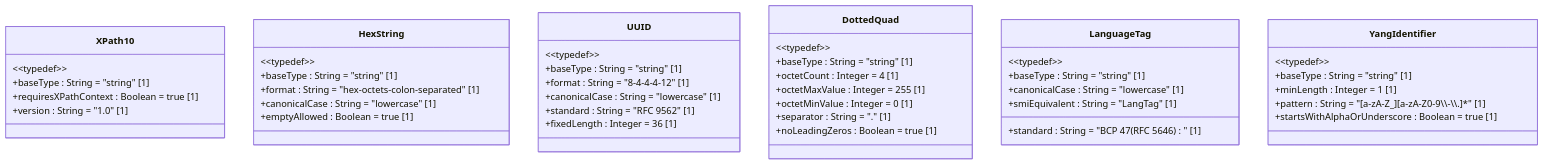
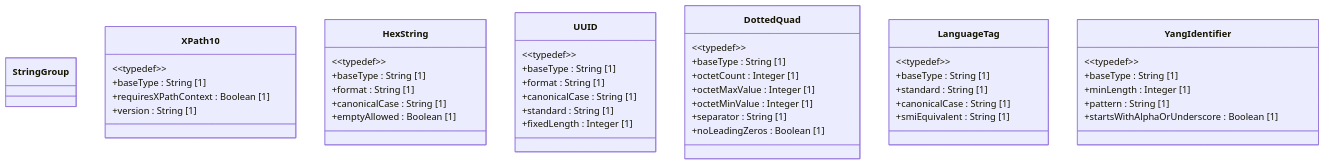
The diagram in docs/features/feat-23-string-types.md (gintatkinson/dep-tst40), drawn with Mermaid before and after one commit. The commit also changed other lines of this file and 16 other files, not shown here.

First line of the commit message:
docs: fix UML compliance — strip default values, stereotypes, placeholders, YANG types

````diff
--- a/docs/features/feat-23-string-types.md
+++ b/docs/features/feat-23-string-types.md
@@ -19,47 +19,48 @@
 ```mermaid
 classDiagram
+    class StringGroup { }
     class XPath10 {
         &lt;&lt;typedef&gt;&gt;
-        +baseType : String = "string" [1]
-        +requiresXPathContext : Boolean = true [1]
-        +version : String = "1.0" [1]
+        +baseType : String [1]
+        +requiresXPathContext : Boolean [1]
+        +version : String [1]
     }
     class HexString {
         &lt;&lt;typedef&gt;&gt;
-        +baseType : String = "string" [1]
-        +format : String = "hex-octets-colon-separated" [1]
-        +canonicalCase : String = "lowercase" [1]
-        +emptyAllowed : Boolean = true [1]
+        +baseType : String [1]
+        +format : String [1]
+        +canonicalCase : String [1]
+        +emptyAllowed : Boolean [1]
     }
     class UUID {
         &lt;&lt;typedef&gt;&gt;
-        +baseType : String = "string" [1]
-        +format : String = "8-4-4-4-12" [1]
-        +canonicalCase : String = "lowercase" [1]
-        +standard : String = "RFC 9562" [1]
-        +fixedLength : Integer = 36 [1]
+        +baseType : String [1]
+        +format : String [1]
+        +canonicalCase : String [1]
+        +standard : String [1]
+        +fixedLength : Integer [1]
     }
     class DottedQuad {
         &lt;&lt;typedef&gt;&gt;
-        +baseType : String = "string" [1]
-        +octetCount : Integer = 4 [1]
-        +octetMaxValue : Integer = 255 [1]
-        +octetMinValue : Integer = 0 [1]
-        +separator : String = "." [1]
-        +noLeadingZeros : Boolean = true [1]
+        +baseType : String [1]
+        +octetCount : Integer [1]
+        +octetMaxValue : Integer [1]
+        +octetMinValue : Integer [1]
+        +separator : String [1]
+        +noLeadingZeros : Boolean [1]
     }
     class LanguageTag {
         &lt;&lt;typedef&gt;&gt;
-        +baseType : String = "string" [1]
-        +standard : String = "BCP 47 (RFC 5646)" [1]
-        +canonicalCase : String = "lowercase" [1]
-        +smiEquivalent : String = "LangTag" [1]
+        +baseType : String [1]
+        +standard : String [1]
+        +canonicalCase : String [1]
+        +smiEquivalent : String [1]
     }
     class YangIdentifier {
         &lt;&lt;typedef&gt;&gt;
-        +baseType : String = "string" [1]
-        +minLength : Integer = 1 [1]
-        +pattern : String = "[a-zA-Z_][a-zA-Z0-9\\\\-\\\\.]*" [1]
-        +startsWithAlphaOrUnderscore : Boolean = true [1]
+        +baseType : String [1]
+        +minLength : Integer [1]
+        +pattern : String [1]
+        +startsWithAlphaOrUnderscore : Boolean [1]
     }
 ```
````
